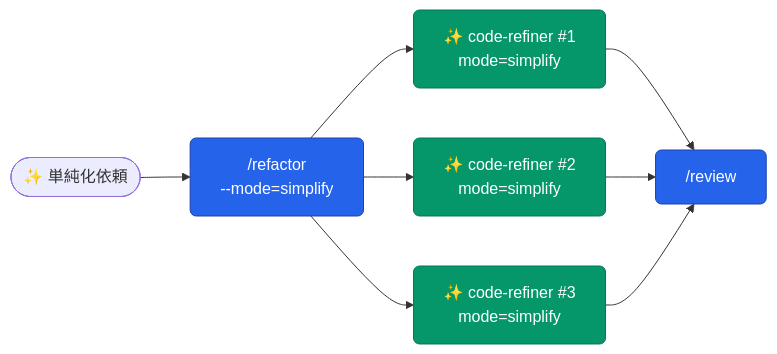
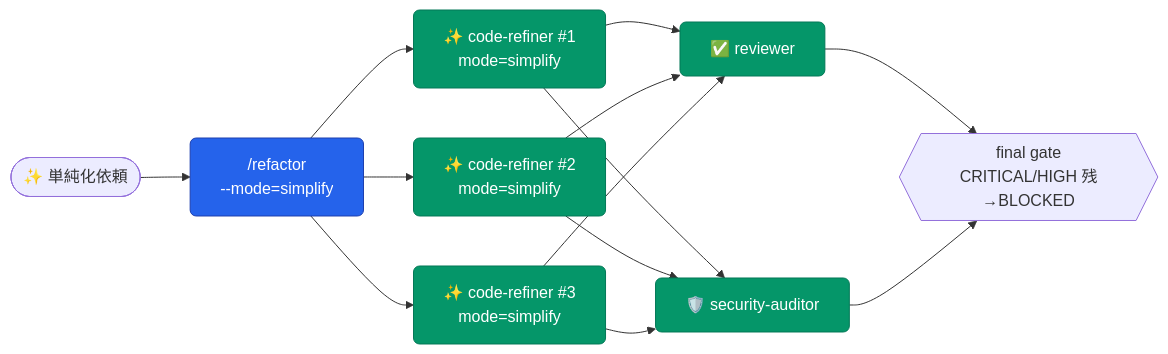
One commit to aokumablue/claq changed the fourth of 19 diagrams in README.md. Above: the diagram before and after it, drawn with Mermaid. The commit also changed other lines of this file, not shown here.

First line of the commit message:
docs(readme): コマンドの段数・ワークフロー図・フック説明を実装に合わせる

````diff
--- a/README.md
+++ b/README.md
@@ -289,11 +297,13 @@
 ```mermaid
 flowchart LR
   classDef cmd    fill:#2563eb,stroke:#1e40af,color:#fff,rx:6
   classDef agent  fill:#059669,stroke:#047857,color:#fff,rx:6
 
   U(["✨ 単純化依頼"]) --> CREF["/refactor<br/>--mode=simplify"]:::cmd
   CREF --> AS1["✨ code-refiner #1<br/>mode=simplify"]:::agent
   CREF --> AS2["✨ code-refiner #2<br/>mode=simplify"]:::agent
   CREF --> AS3["✨ code-refiner #3<br/>mode=simplify"]:::agent
-  AS1 & AS2 & AS3 --> CR["/review"]:::cmd
+  AS1 & AS2 & AS3 --> AR["✅ reviewer"]:::agent
+  AS1 & AS2 & AS3 --> ASEC["🛡️ security-auditor"]:::agent
+  AR & ASEC --> GATE{{"final gate<br/>CRITICAL/HIGH 残→BLOCKED"}}
 ```
````
